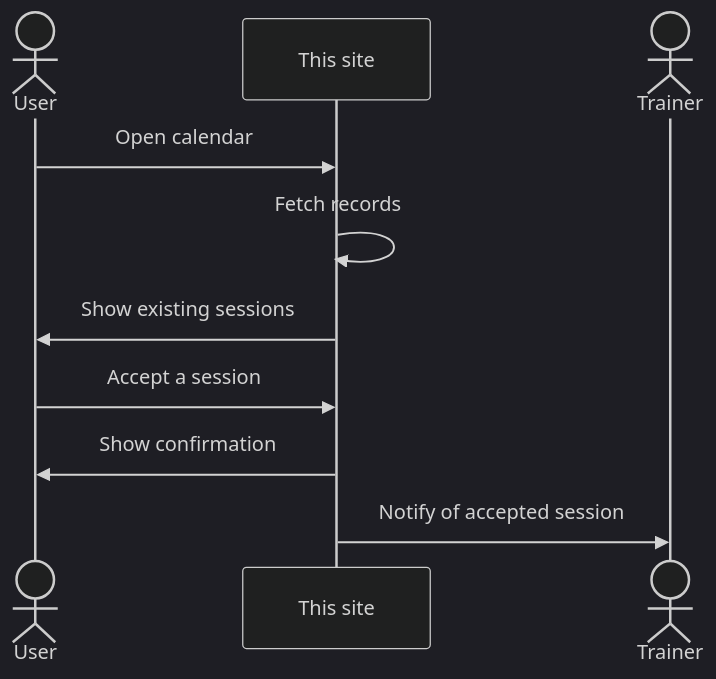
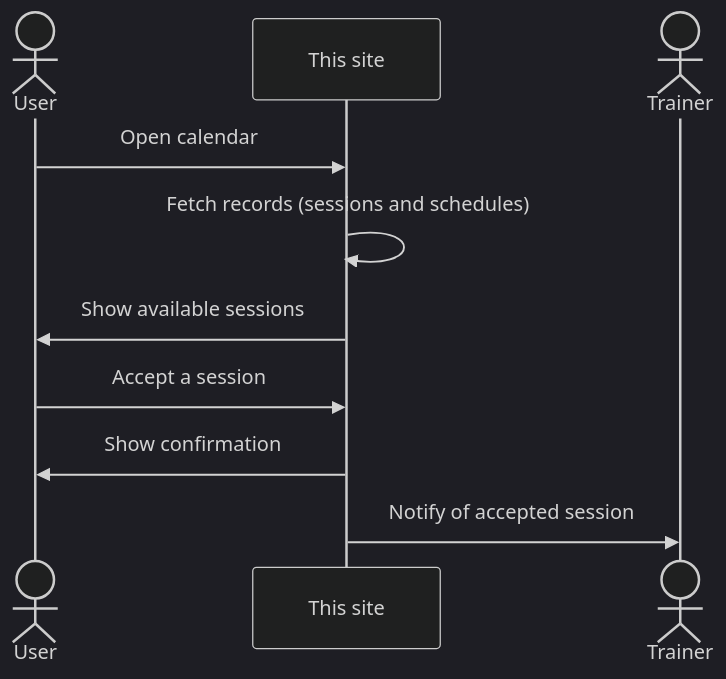
One commit to Celeo/zdv-training-scheduler changed the third of 5 diagrams in README.md. Above: the diagram before and after it, drawn with Mermaid (dark theme).

````diff
--- a/README.md
+++ b/README.md
@@ -64,13 +64,13 @@
 ```mermaid
 sequenceDiagram
   actor U as User
   participant A as This site
   actor T as Trainer
 
   U->>A: Open calendar
-  A->>A: Fetch records
-  A->>U: Show existing sessions
+  A->>A: Fetch records (sessions and schedules)
+  A->>U: Show available sessions
   U->>A: Accept a session
   A->>U: Show confirmation
   A->>T: Notify of accepted session
 ```
````
